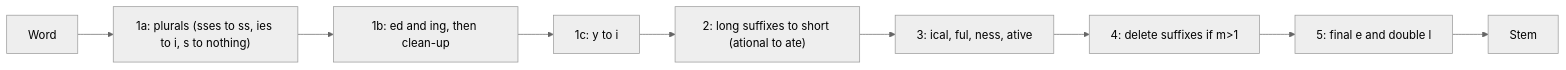
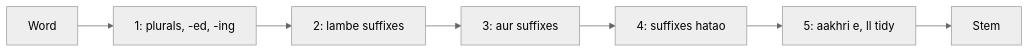
The diagram in content/natural-language-processing/pyq/2025-05/q3a.hi.mdx (TrendySloth1001/sem-seven-notes), drawn with Mermaid (neutral theme) before and after one commit. The commit also changed other lines of this file and 406 other files, not shown here.

````diff
--- a/content/natural-language-processing/pyq/2025-05/q3a.hi.mdx
+++ b/content/natural-language-processing/pyq/2025-05/q3a.hi.mdx
@@ -11,12 +17,10 @@
 ```mermaid
-%% caption: Porter ke paanch steps order mein chalte hain. Har step sabse lamba matching suffix rule lagata hai jiski condition poori ho.
+%% caption: Porter stemmer ke paanch steps. Har step ke rules tabhi fire hote hain jab stem par condition sach ho.
 flowchart LR
-  A["Word"] --> B["1a: plurals (sses to ss, ies to i, s to nothing)"]
-  B --> C["1b: ed and ing, then clean-up"]
-  C --> D["1c: y to i"]
-  D --> E["2: long suffixes to short (ational to ate)"]
-  E --> F["3: ical, ful, ness, ative"]
-  F --> G["4: delete suffixes if m>1"]
-  G --> H["5: final e and double l"]
-  H --> I["Stem"]
+  A["Word"] --> B["1: plurals, -ed, -ing"]
+  B --> C["2: lambe suffixes"]
+  C --> D["3: aur suffixes"]
+  D --> E["4: suffixes hatao"]
+  E --> F["5: aakhri e, ll tidy"]
+  F --> G["Stem"]
 ```
````
